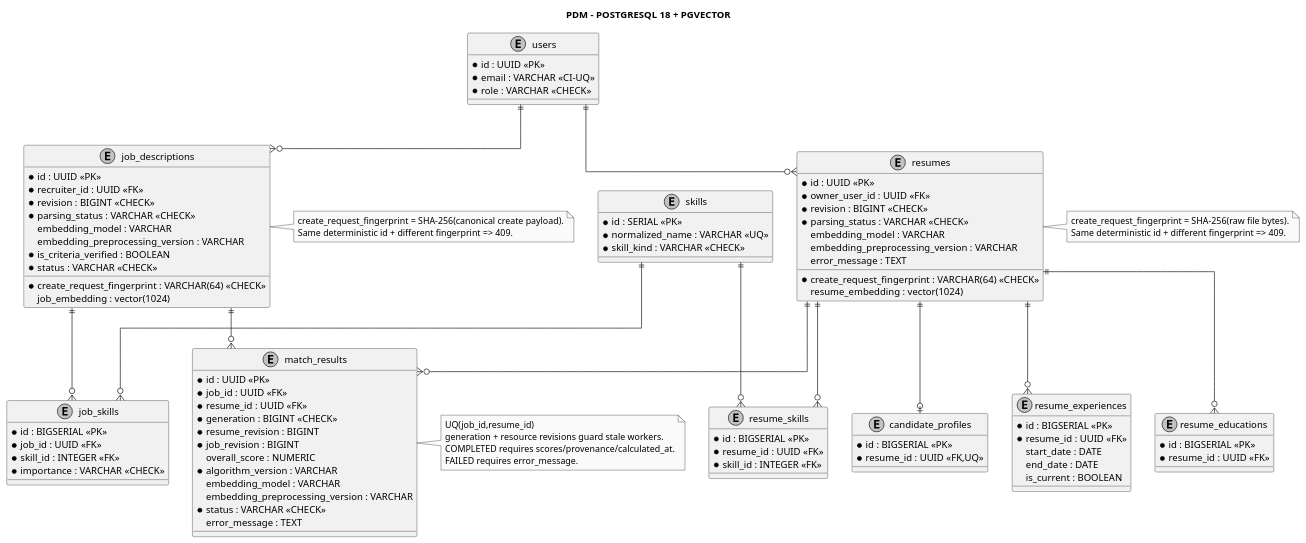
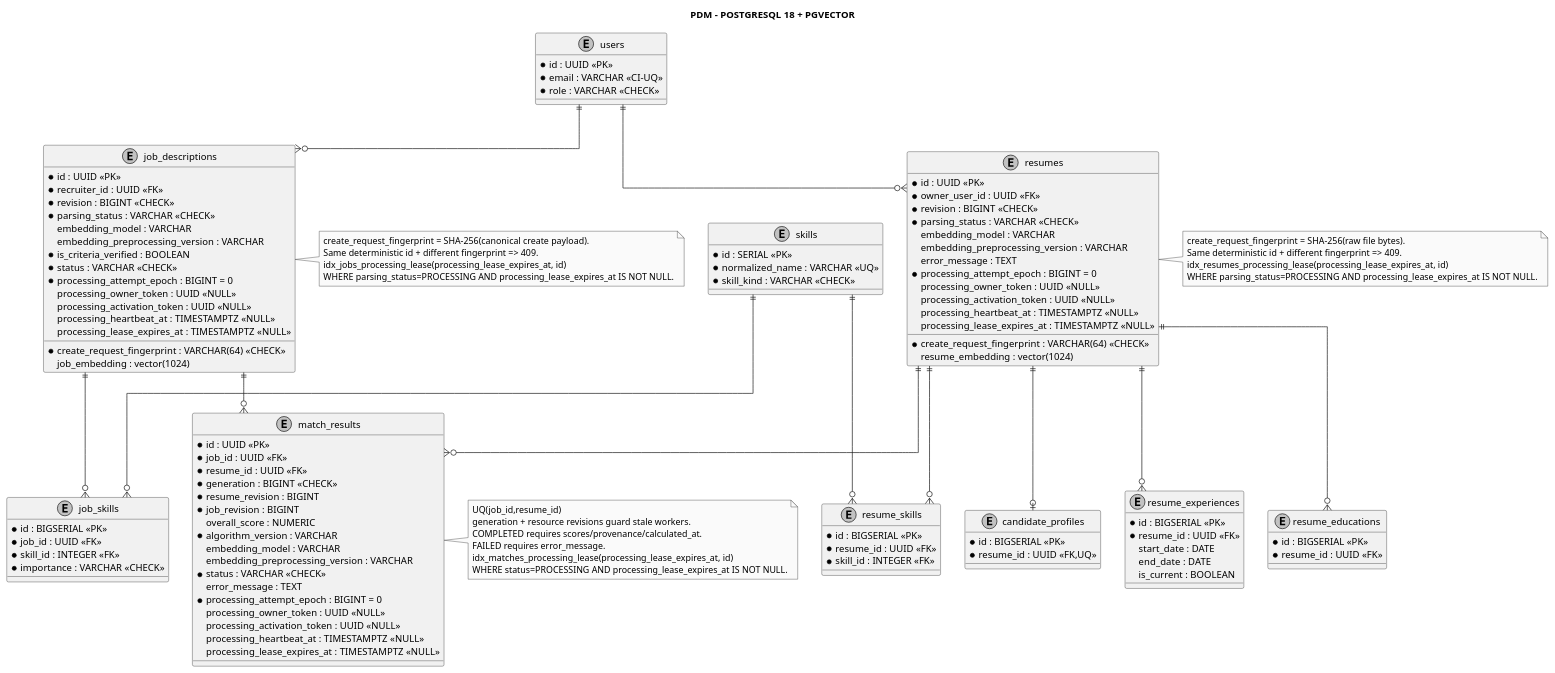
One commit to anh632k-ui/WebCVUngVienTuyenDung changed the diagram in docs/05_database/PDM/03_pdm_physical_erd.puml. Above: the diagram before and after it, drawn with PlantUML. The commit also changed 12 other files, not shown here.

Commit message:
docs(db): synchronize canonical R3C fencing schema

```diff
--- a/docs/05_database/PDM/03_pdm_physical_erd.puml
+++ b/docs/05_database/PDM/03_pdm_physical_erd.puml
@@ -1,109 +1,130 @@
 @startuml
 skinparam monochrome true
 skinparam shadowing false
 skinparam linetype ortho
 title PDM - POSTGRESQL 18 + PGVECTOR
 
 entity users {
  * id : UUID <<PK>>
  * email : VARCHAR <<CI-UQ>>
  * role : VARCHAR <<CHECK>>
 }
 entity skills {
  * id : SERIAL <<PK>>
  * normalized_name : VARCHAR <<UQ>>
  * skill_kind : VARCHAR <<CHECK>>
 }
 entity resumes {
  * id : UUID <<PK>>
  * owner_user_id : UUID <<FK>>
  * create_request_fingerprint : VARCHAR(64) <<CHECK>>
  * revision : BIGINT <<CHECK>>
  * parsing_status : VARCHAR <<CHECK>>
  resume_embedding : vector(1024)
  embedding_model : VARCHAR
  embedding_preprocessing_version : VARCHAR
  error_message : TEXT
+ * processing_attempt_epoch : BIGINT = 0
+ processing_owner_token : UUID <<NULL>>
+ processing_activation_token : UUID <<NULL>>
+ processing_heartbeat_at : TIMESTAMPTZ <<NULL>>
+ processing_lease_expires_at : TIMESTAMPTZ <<NULL>>
 }
 entity candidate_profiles {
  * id : BIGSERIAL <<PK>>
  * resume_id : UUID <<FK,UQ>>
 }
 entity resume_skills {
  * id : BIGSERIAL <<PK>>
  * resume_id : UUID <<FK>>
  * skill_id : INTEGER <<FK>>
 }
 entity resume_experiences {
  * id : BIGSERIAL <<PK>>
  * resume_id : UUID <<FK>>
  start_date : DATE
  end_date : DATE
  is_current : BOOLEAN
 }
 entity resume_educations {
  * id : BIGSERIAL <<PK>>
  * resume_id : UUID <<FK>>
 }
 entity job_descriptions {
  * id : UUID <<PK>>
  * recruiter_id : UUID <<FK>>
  * create_request_fingerprint : VARCHAR(64) <<CHECK>>
  * revision : BIGINT <<CHECK>>
  * parsing_status : VARCHAR <<CHECK>>
  job_embedding : vector(1024)
  embedding_model : VARCHAR
  embedding_preprocessing_version : VARCHAR
  * is_criteria_verified : BOOLEAN
  * status : VARCHAR <<CHECK>>
+ * processing_attempt_epoch : BIGINT = 0
+ processing_owner_token : UUID <<NULL>>
+ processing_activation_token : UUID <<NULL>>
+ processing_heartbeat_at : TIMESTAMPTZ <<NULL>>
+ processing_lease_expires_at : TIMESTAMPTZ <<NULL>>
 }
 entity job_skills {
  * id : BIGSERIAL <<PK>>
  * job_id : UUID <<FK>>
  * skill_id : INTEGER <<FK>>
  * importance : VARCHAR <<CHECK>>
 }
 entity match_results {
  * id : UUID <<PK>>
  * job_id : UUID <<FK>>
  * resume_id : UUID <<FK>>
  * generation : BIGINT <<CHECK>>
  * resume_revision : BIGINT
  * job_revision : BIGINT
  overall_score : NUMERIC
  * algorithm_version : VARCHAR
  embedding_model : VARCHAR
  embedding_preprocessing_version : VARCHAR
  * status : VARCHAR <<CHECK>>
  error_message : TEXT
+ * processing_attempt_epoch : BIGINT = 0
+ processing_owner_token : UUID <<NULL>>
+ processing_activation_token : UUID <<NULL>>
+ processing_heartbeat_at : TIMESTAMPTZ <<NULL>>
+ processing_lease_expires_at : TIMESTAMPTZ <<NULL>>
 }
 
 users ||--o{ resumes
 users ||--o{ job_descriptions
 resumes ||--o| candidate_profiles
 resumes ||--o{ resume_skills
 skills ||--o{ resume_skills
 resumes ||--o{ resume_experiences
 resumes ||--o{ resume_educations
 job_descriptions ||--o{ job_skills
 skills ||--o{ job_skills
 job_descriptions ||--o{ match_results
 resumes ||--o{ match_results
 
 note right of resumes
 create_request_fingerprint = SHA-256(raw file bytes).
 Same deterministic id + different fingerprint => 409.
+idx_resumes_processing_lease(processing_lease_expires_at, id)
+WHERE parsing_status=PROCESSING AND processing_lease_expires_at IS NOT NULL.
 end note
 
 note right of job_descriptions
 create_request_fingerprint = SHA-256(canonical create payload).
 Same deterministic id + different fingerprint => 409.
+idx_jobs_processing_lease(processing_lease_expires_at, id)
+WHERE parsing_status=PROCESSING AND processing_lease_expires_at IS NOT NULL.
 end note
 
 note right of match_results
 UQ(job_id,resume_id)
 generation + resource revisions guard stale workers.
 COMPLETED requires scores/provenance/calculated_at.
 FAILED requires error_message.
+idx_matches_processing_lease(processing_lease_expires_at, id)
+WHERE status=PROCESSING AND processing_lease_expires_at IS NOT NULL.
 end note
 @enduml
```
